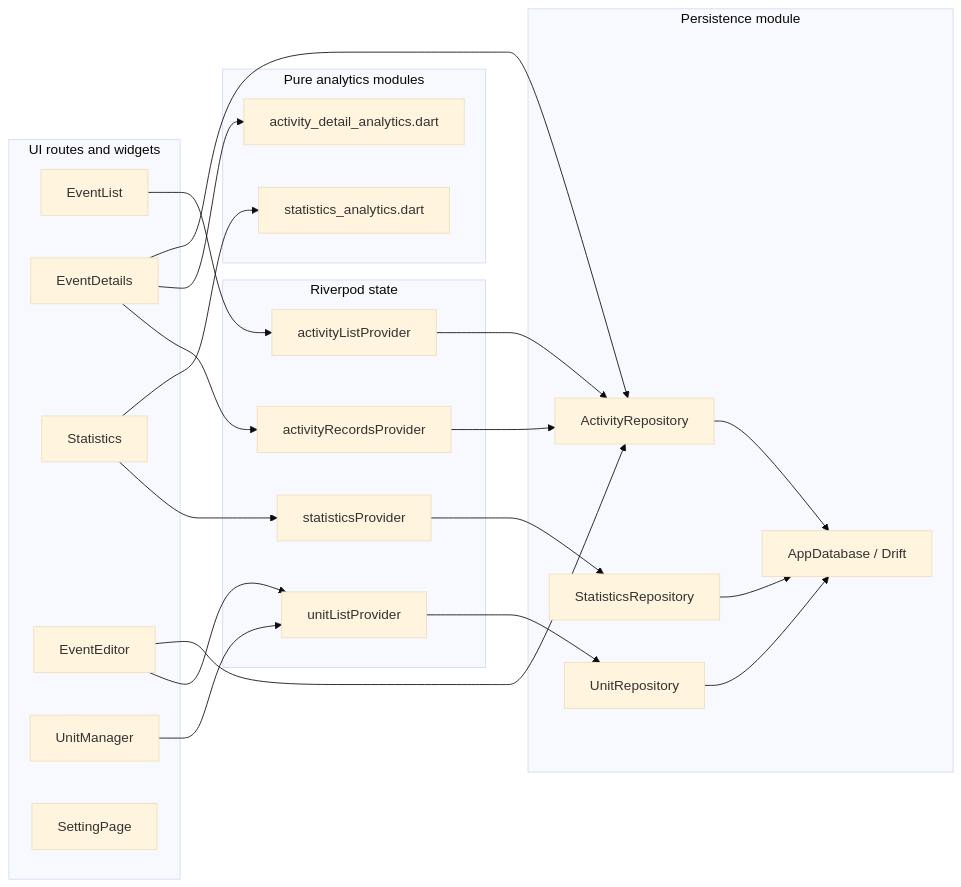
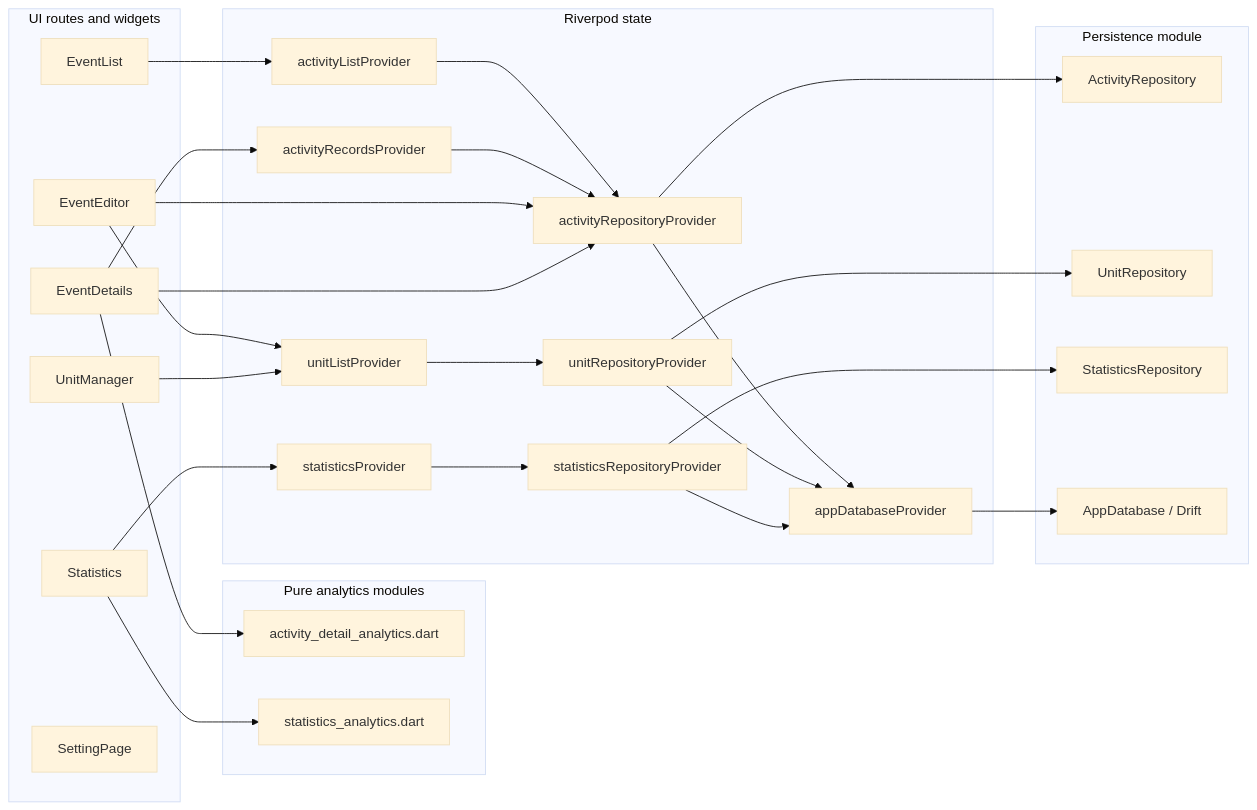
One commit to Guoyuer/eventTracker changed the first of 5 diagrams in docs/architecture/module-flow.md. Above: the diagram before and after it, drawn with Mermaid (base theme). The commit also changed other lines of this file and 9 other files, not shown here.

````diff
--- a/docs/architecture/module-flow.md
+++ b/docs/architecture/module-flow.md
@@ -7,47 +7,55 @@
 ```mermaid
 flowchart LR
   subgraph UI["UI routes and widgets"]
     EventList["EventList"]
     EventDetails["EventDetails"]
     Statistics["Statistics"]
     EventEditor["EventEditor"]
     UnitManager["UnitManager"]
     Settings["SettingPage"]
   end
 
   subgraph Analytics["Pure analytics modules"]
     ActivityDetailAnalytics["activity_detail_analytics.dart"]
     StatisticsAnalytics["statistics_analytics.dart"]
   end
 
   subgraph State["Riverpod state"]
+    AppDatabaseProvider["appDatabaseProvider"]
+    ActivityRepositoryProvider["activityRepositoryProvider"]
+    UnitRepositoryProvider["unitRepositoryProvider"]
+    StatisticsRepositoryProvider["statisticsRepositoryProvider"]
     ActivityListProvider["activityListProvider"]
     ActivityRecordsProvider["activityRecordsProvider"]
     UnitListProvider["unitListProvider"]
     StatisticsProvider["statisticsProvider"]
   end
 
   subgraph Persistence["Persistence module"]
     ActivityRepository["ActivityRepository"]
     UnitRepository["UnitRepository"]
     StatisticsRepository["StatisticsRepository"]
     AppDatabase["AppDatabase / Drift"]
   end
 
   EventList --> ActivityListProvider
-  ActivityListProvider --> ActivityRepository
+  ActivityListProvider --> ActivityRepositoryProvider
   EventDetails --> ActivityRecordsProvider
-  ActivityRecordsProvider --> ActivityRepository
+  ActivityRecordsProvider --> ActivityRepositoryProvider
   EventEditor --> UnitListProvider
   UnitManager --> UnitListProvider
-  UnitListProvider --> UnitRepository
+  UnitListProvider --> UnitRepositoryProvider
   Statistics --> StatisticsProvider
-  StatisticsProvider --> StatisticsRepository
-  EventEditor --> ActivityRepository
+  StatisticsProvider --> StatisticsRepositoryProvider
+  EventEditor --> ActivityRepositoryProvider
   EventDetails --> ActivityDetailAnalytics
-  EventDetails --> ActivityRepository
+  EventDetails --> ActivityRepositoryProvider
   Statistics --> StatisticsAnalytics
-  ActivityRepository --> AppDatabase
-  UnitRepository --> AppDatabase
-  StatisticsRepository --> AppDatabase
+  ActivityRepositoryProvider --> ActivityRepository
+  UnitRepositoryProvider --> UnitRepository
+  StatisticsRepositoryProvider --> StatisticsRepository
+  ActivityRepositoryProvider --> AppDatabaseProvider
+  UnitRepositoryProvider --> AppDatabaseProvider
+  StatisticsRepositoryProvider --> AppDatabaseProvider
+  AppDatabaseProvider --> AppDatabase
 ```
````
